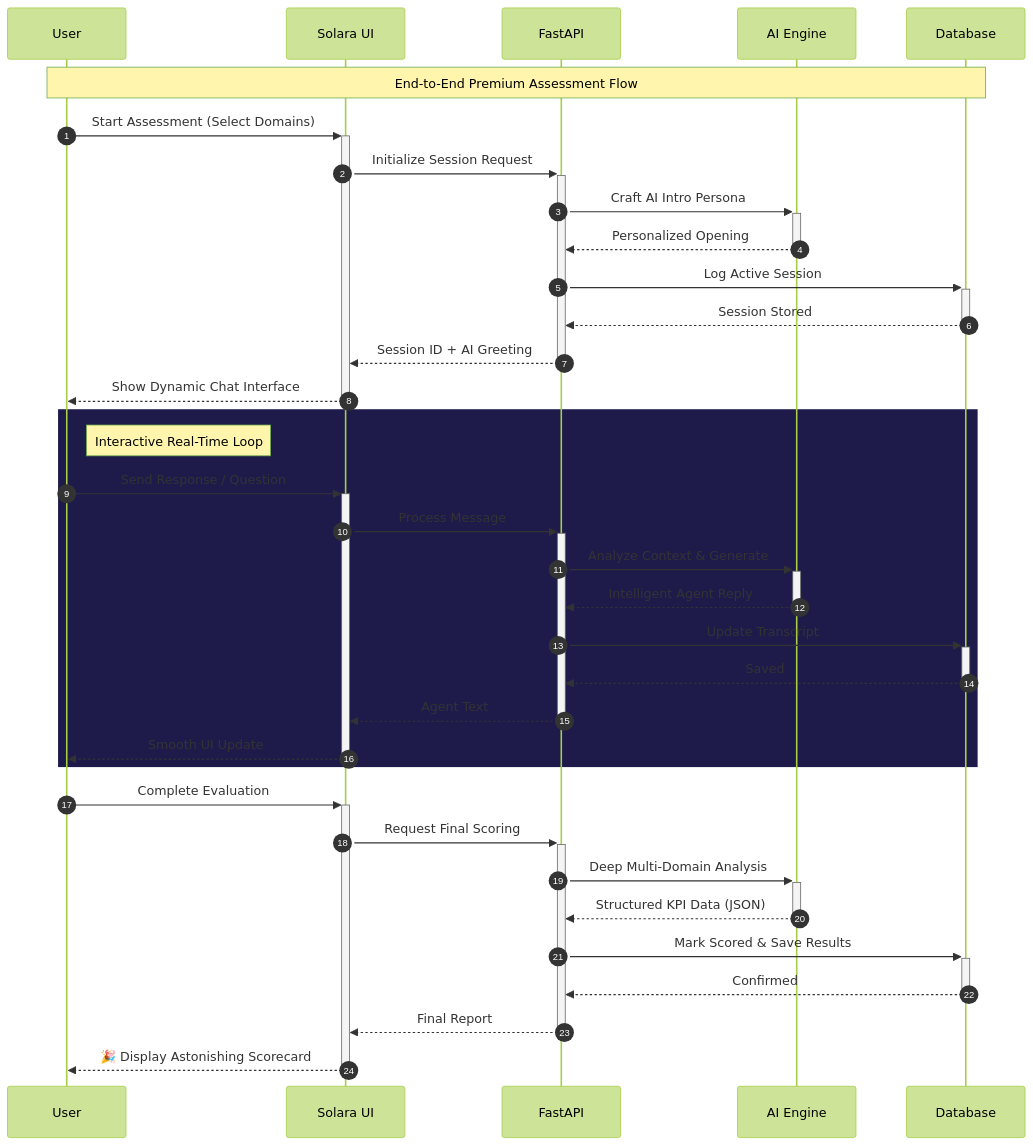
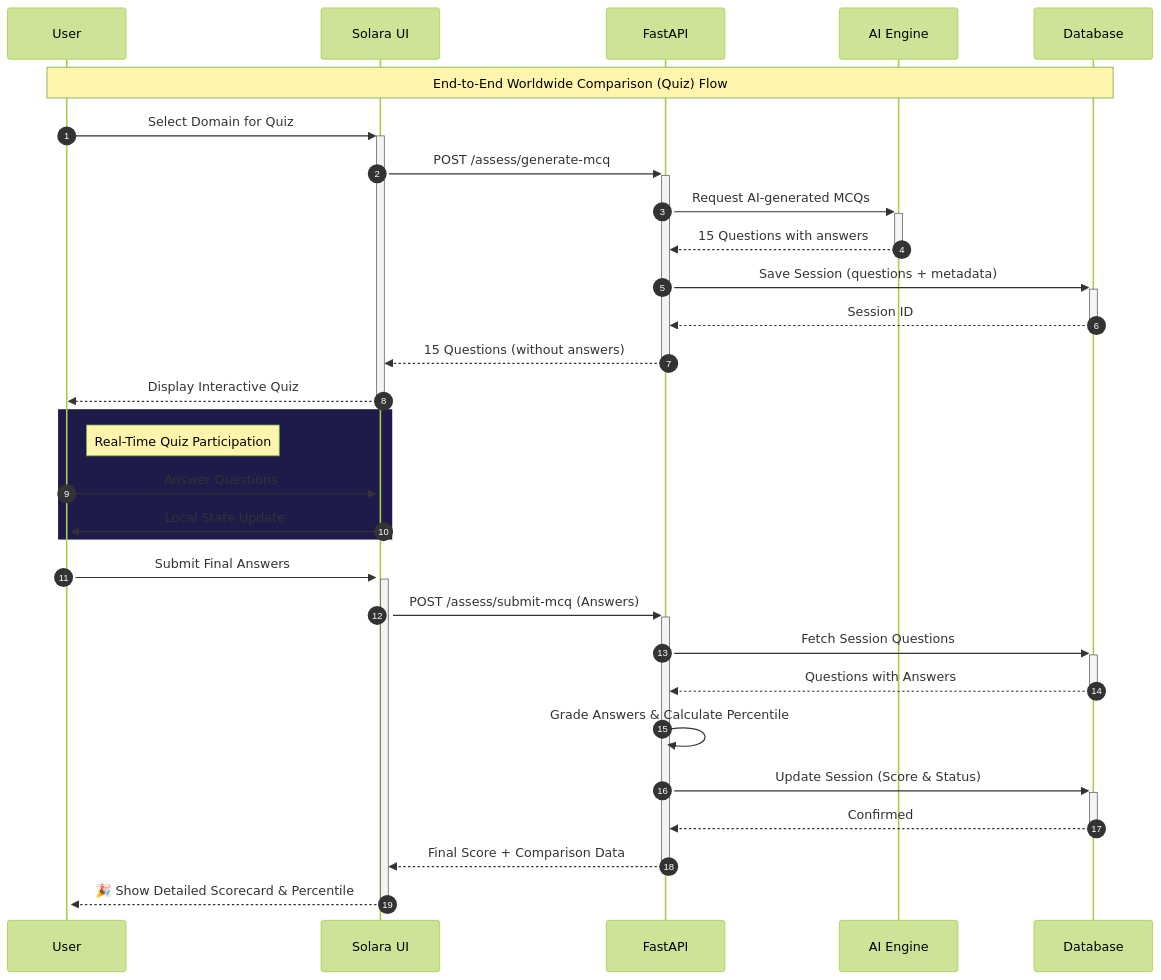
The second of 2 diagrams in README.md (keshavmishra27/BlueprintAI), drawn with Mermaid (forest theme) before and after one commit. The commit also changed other lines of this file and 10 other files, not shown here.

````diff
--- a/README.md
+++ b/README.md
@@ -69,43 +68,38 @@
 ```mermaid
 sequenceDiagram
     autonumber
     
     %% Premium Participants
     participant U as  User
     participant S as  Solara UI
     participant F as  FastAPI
     participant A as  AI Engine
     participant D as  Database
 
-    Note over U,D:  End-to-End Premium Assessment Flow 
+    Note over U,D:  End-to-End Worldwide Comparison (Quiz) Flow 
 
-    U->>+S: Start Assessment (Select Domains)
-    S->>+F: Initialize Session Request
-    F->>+A: Craft AI Intro Persona
-    A-->>-F: Personalized Opening
-    F->>+D: Log Active Session
-    D-->>-F: Session Stored
-    F-->>-S: Session ID + AI Greeting
-    S-->>-U: Show Dynamic Chat Interface
+    U->>+S: Select Domain for Quiz
+    S->>+F: POST /assess/generate-mcq
+    F->>+A: Request AI-generated MCQs
+    A-->>-F: 15 Questions with answers
+    F->>+D: Save Session (questions + metadata)
+    D-->>-F: Session ID
+    F-->>-S: 15 Questions (without answers)
+    S-->>-U: Display Interactive Quiz
 
     rect rgb(30, 27, 75)
-        Note right of U: Interactive Real-Time Loop
-        U->>+S: Send Response / Question
-        S->>+F: Process Message
-        F->>+A: Analyze Context & Generate
-        A-->>-F: Intelligent Agent Reply
-        F->>+D: Update Transcript
-        D-->>-F: Saved
-        F-->>-S: Agent Text
-        S-->>-U: Smooth UI Update
+        Note right of U: Real-Time Quiz Participation
+        U->>+S: Answer Questions
+        S->>+U: Local State Update
     end
 
-    U->>+S: Complete Evaluation
-    S->>+F: Request Final Scoring
-    F->>+A: Deep Multi-Domain Analysis
-    A-->>-F: Structured KPI Data (JSON)
-    F->>+D: Mark Scored & Save Results
+    U->>+S: Submit Final Answers
+    S->>+F: POST /assess/submit-mcq (Answers)
+    F->>+D: Fetch Session Questions
+    D-->>-F: Questions with Answers
+    F->>F: Grade Answers & Calculate Percentile
+    F->>+D: Update Session (Score & Status)
     D-->>-F: Confirmed
-    F-->>-S: Final Report
-    S-->>-U: 🎉 Display Astonishing Scorecard
+    F-->>-S: Final Score + Comparison Data
+    S-->>-U: 🎉 Show Detailed Scorecard & Percentile
 ```
````
